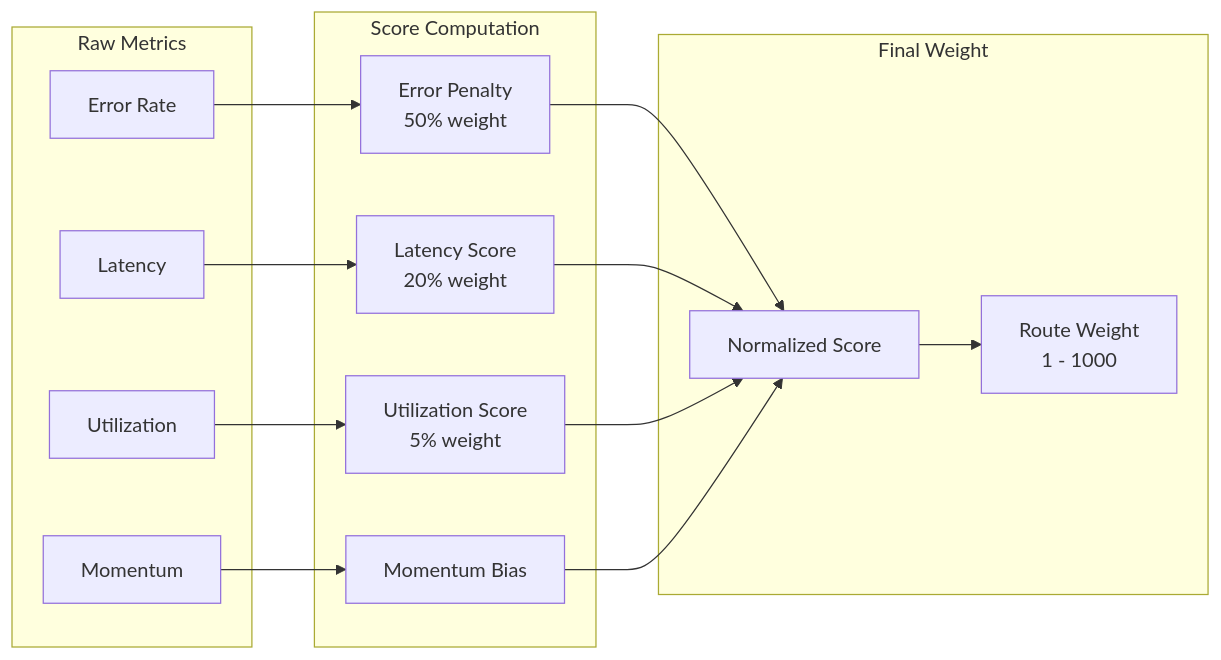
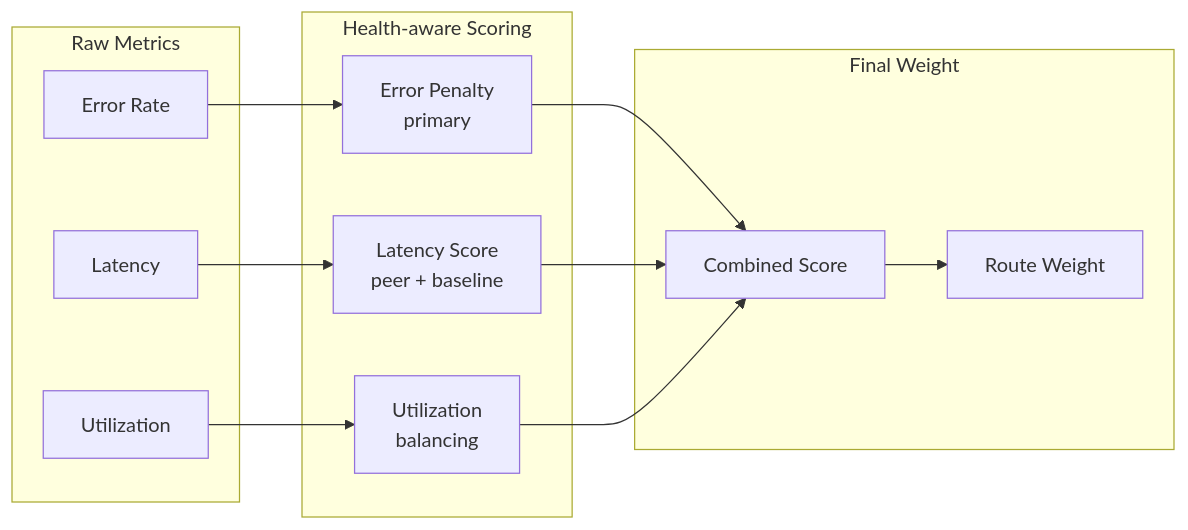
One commit to maximhq/bifrost changed the second of 2 diagrams in docs/enterprise/adaptive-load-balancing.mdx. Above: the diagram before and after it, drawn with Mermaid. The commit also changed other lines of this file, not shown here.

````diff
--- a/docs/enterprise/adaptive-load-balancing.mdx
+++ b/docs/enterprise/adaptive-load-balancing.mdx
@@ -102,29 +99,25 @@
 ```mermaid
 flowchart LR
     subgraph Inputs["Raw Metrics"]
         E["Error Rate"]
         L["Latency"]
         U["Utilization"]
-        M["Momentum"]
     end
 
-    subgraph Scoring["Score Computation"]
-        EP["Error Penalty<br/>50% weight"]
-        LP["Latency Score<br/>20% weight"]
-        US["Utilization Score<br/>5% weight"]
-        MS["Momentum Bias"]
+    subgraph Scoring["Health-aware Scoring"]
+        EP["Error Penalty<br/>primary"]
+        LP["Latency Score<br/>peer + baseline"]
+        US["Utilization<br/>balancing"]
     end
 
     subgraph Output["Final Weight"]
-        NS["Normalized Score"]
-        FW["Route Weight<br/>1 - 1000"]
+        NS["Combined Score"]
+        FW["Route Weight"]
     end
 
     E --> EP
     L --> LP
     U --> US
-    M --> MS
     EP & LP & US --> NS
-    MS --> NS
     NS --> FW
 ```
````
